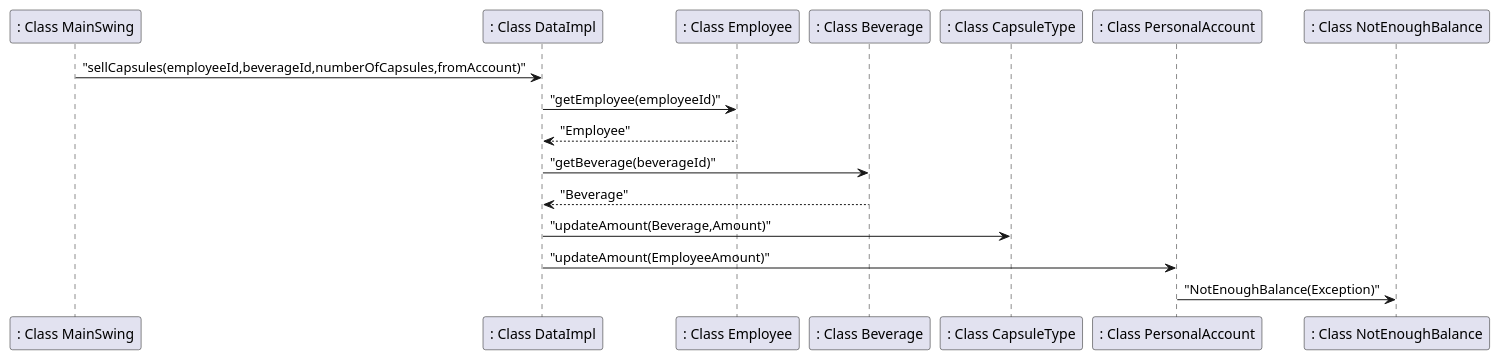
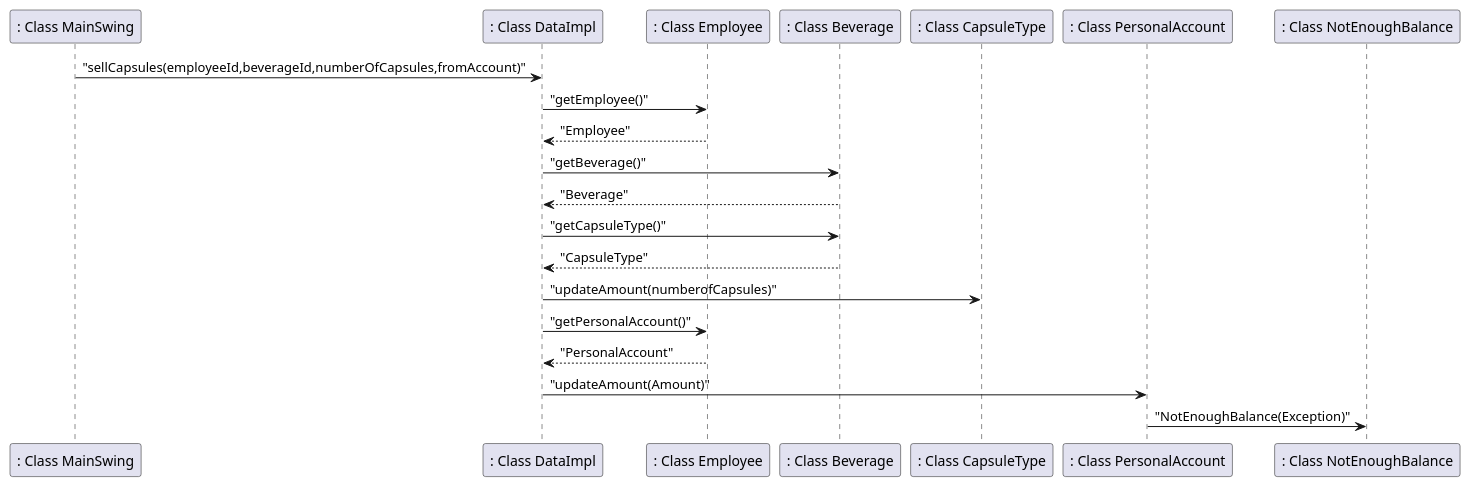
Before and after one commit to salvatore-dimartino/LaTazza: the seventh of 7 diagrams in templates/DesignDocumentTemplate.md, drawn with PlantUML. The commit also changed other lines of this file, not shown here.

````diff
--- a/templates/DesignDocumentTemplate.md
+++ b/templates/DesignDocumentTemplate.md
@@ -295,10 +299,14 @@
 ```plantuml
 ": Class MainSwing" -> ": Class DataImpl": "sellCapsules(employeeId,beverageId,numberOfCapsules,fromAccount)"
-": Class DataImpl" -> ": Class Employee": "getEmployee(employeeId)"
+": Class DataImpl" -> ": Class Employee": "getEmployee()"
 ": Class Employee" --> ": Class DataImpl": "Employee"
-": Class DataImpl" -> ": Class Beverage": "getBeverage(beverageId)"
+": Class DataImpl" -> ": Class Beverage": "getBeverage()"
 ": Class Beverage" --> ": Class DataImpl": "Beverage"
-": Class DataImpl" -> ": Class CapsuleType": "updateAmount(Beverage,Amount)"
-": Class DataImpl" -> ": Class PersonalAccount": "updateAmount(EmployeeAmount)"
+": Class DataImpl" -> ": Class Beverage": "getCapsuleType()"
+": Class Beverage" --> ": Class DataImpl": "CapsuleType"
+": Class DataImpl" -> ": Class CapsuleType": "updateAmount(numberofCapsules)"
+": Class DataImpl" -> ": Class Employee": "getPersonalAccount()"
+": Class Employee" --> ": Class DataImpl": "PersonalAccount"
+": Class DataImpl" -> ": Class PersonalAccount": "updateAmount(Amount)"
 ": Class PersonalAccount" -> ": Class NotEnoughBalance": "NotEnoughBalance(Exception)"
 ```
````
